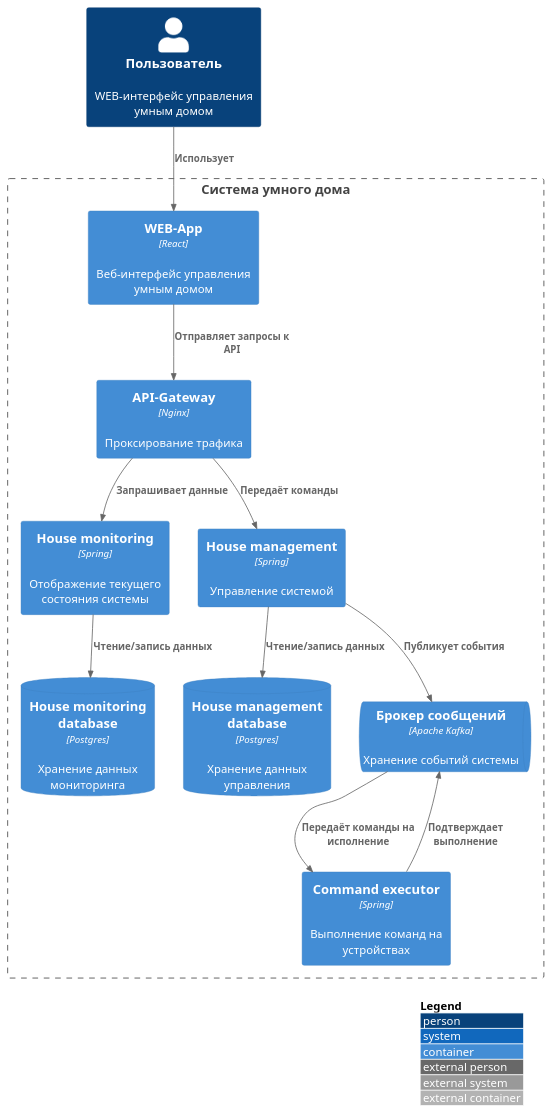
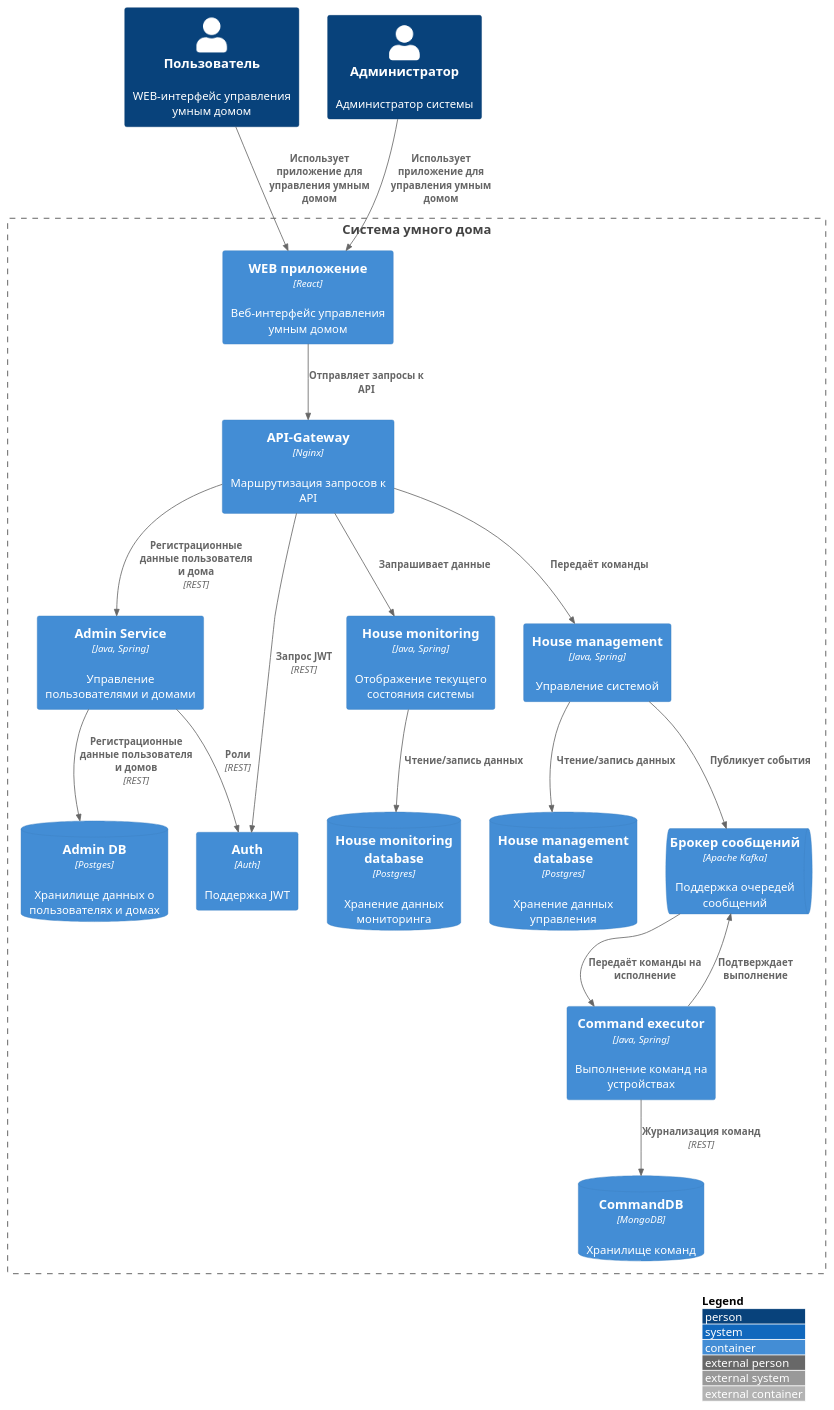
One commit to artyomich/archSprint3 changed the diagram in docs/c4/_shared/containers/containers.iuml. Above: the diagram before and after it, drawn with PlantUML. The commit also changed other lines of this file and 23 other files, not shown here.

First line of the commit message:
Задание 1 исправлена диаграмма C4 (docs/c4/images/c4_new.png)- показывает монолитное приложение

```diff
--- a/docs/c4/_shared/containers/containers.iuml
+++ b/docs/c4/_shared/containers/containers.iuml
@@ -1,30 +1,41 @@
 @startuml
 !include https://raw.githubusercontent.com/plantuml-stdlib/C4-PlantUML/master/C4_Container.puml
 
 LAYOUT_WITH_LEGEND()
 
 ' Определяем пользователей и систему
 Person(user, "Пользователь", "WEB-интерфейс управления умным домом")
+Person(admin, "Администратор", "Администратор системы")
 
 Boundary(house_system, "Система умного дома") {
-  Container(web_app, "WEB-App", "React", "Веб-интерфейс управления умным домом")
-  Container(api_gateway, "API-Gateway", "Nginx", "Проксирование трафика")
-  Container(house_monitoring, "House monitoring", "Spring", "Отображение текущего состояния системы")
+  Container(web_app, "WEB приложение", "React", "Веб-интерфейс управления умным домом")
+  Container(api_gateway, "API-Gateway", "Nginx", "Маршрутизация запросов к API")
+  Container(admin_service, "Admin Service", "Java, Spring", "Управление пользователями и домами")
+  ContainerDb(admin_db, "Admin DB", "Postges", "Хранилище данных о пользователях и домах")
+  Container(auth, "Auth", "Auth", "Поддержка JWT")
+  Container(house_monitoring, "House monitoring", "Java, Spring", "Отображение текущего состояния системы")
   ContainerDb(house_monitoring_database, "House monitoring database", "Postgres", "Хранение данных мониторинга")
-  Container(house_management, "House management", "Spring", "Управление системой")
+  Container(house_management, "House management", "Java, Spring", "Управление системой")
   ContainerDb(house_management_database, "House management database", "Postgres", "Хранение данных управления")
-  ContainerQueue(house_event_broker, "Брокер сообщений", "Apache Kafka", "Хранение событий системы")
-  Container(command_executor, "Command executor", "Spring", "Выполнение команд на устройствах")
+  ContainerQueue(house_event_broker, "Брокер сообщений", "Apache Kafka", "Поддержка очередей сообщений")
+  Container(command_executor, "Command executor", "Java, Spring", "Выполнение команд на устройствах")
+  ContainerDb(command_db, "CommandDB", "MongoDB", "Хранилище команд")
 }
 
 ' Связи
-Rel(user, web_app, "Использует")
+Rel(user, web_app, "Использует приложение для управления умным домом")
+Rel(admin, web_app, "Использует приложение для управления умным домом")
 Rel(web_app, api_gateway, "Отправляет запросы к API")
 Rel(api_gateway, house_monitoring, "Запрашивает данные")
 Rel(api_gateway, house_management, "Передаёт команды")
+Rel(admin_service, admin_db, "Регистрационные данные пользователя и домов", "REST")
+Rel(api_gateway, admin_service, "Регистрационные данные пользователя и дома", "REST")
+Rel(api_gateway, auth, "Запрос JWT", "REST")
+Rel(admin_service, auth, "Роли", "REST")
 Rel(house_monitoring, house_monitoring_database, "Чтение/запись данных")
 Rel(house_management, house_management_database, "Чтение/запись данных")
 Rel(house_management, house_event_broker, "Публикует события")
 Rel(house_event_broker, command_executor, "Передаёт команды на исполнение")
 Rel(command_executor, house_event_broker, "Подтверждает выполнение")
+Rel(command_executor, command_db, "Журнализация команд", "REST")
 @enduml
```
